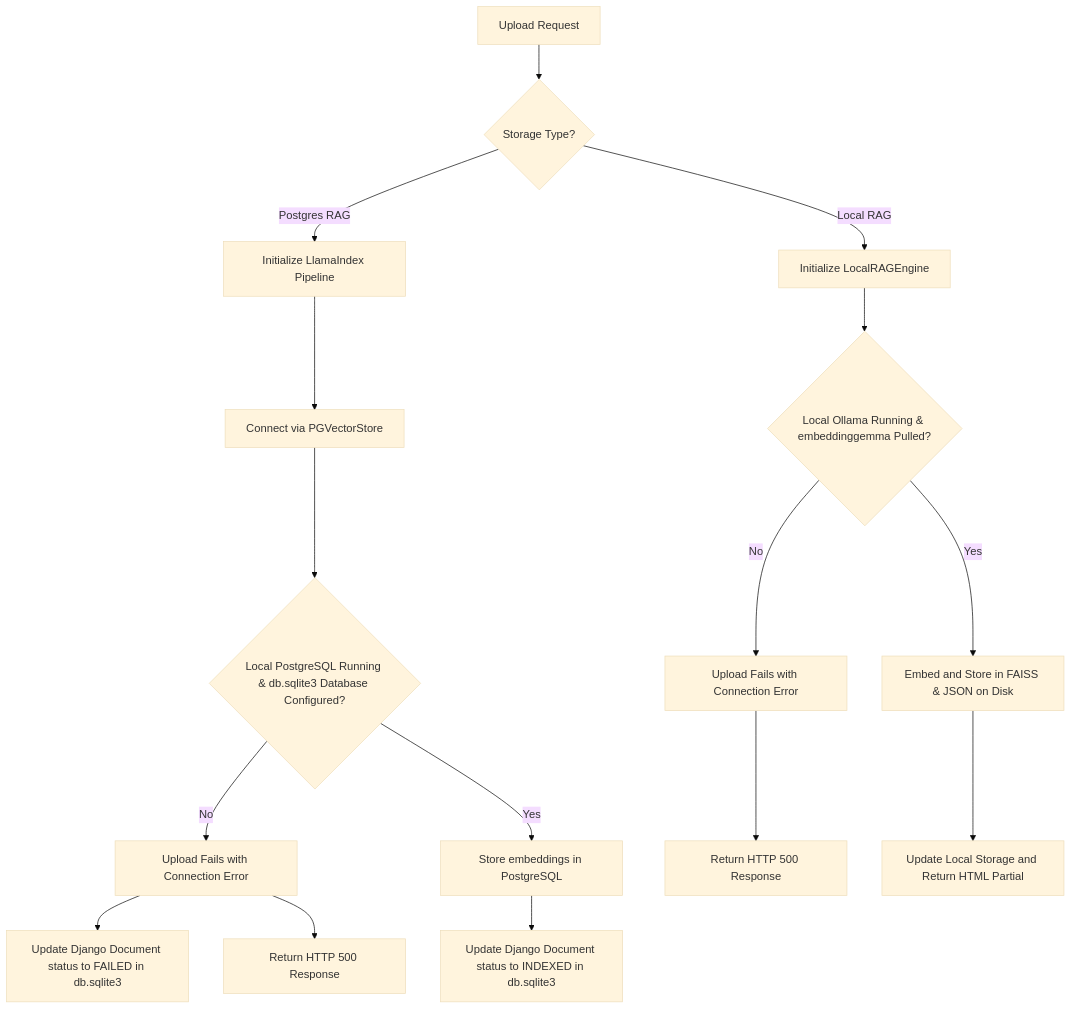
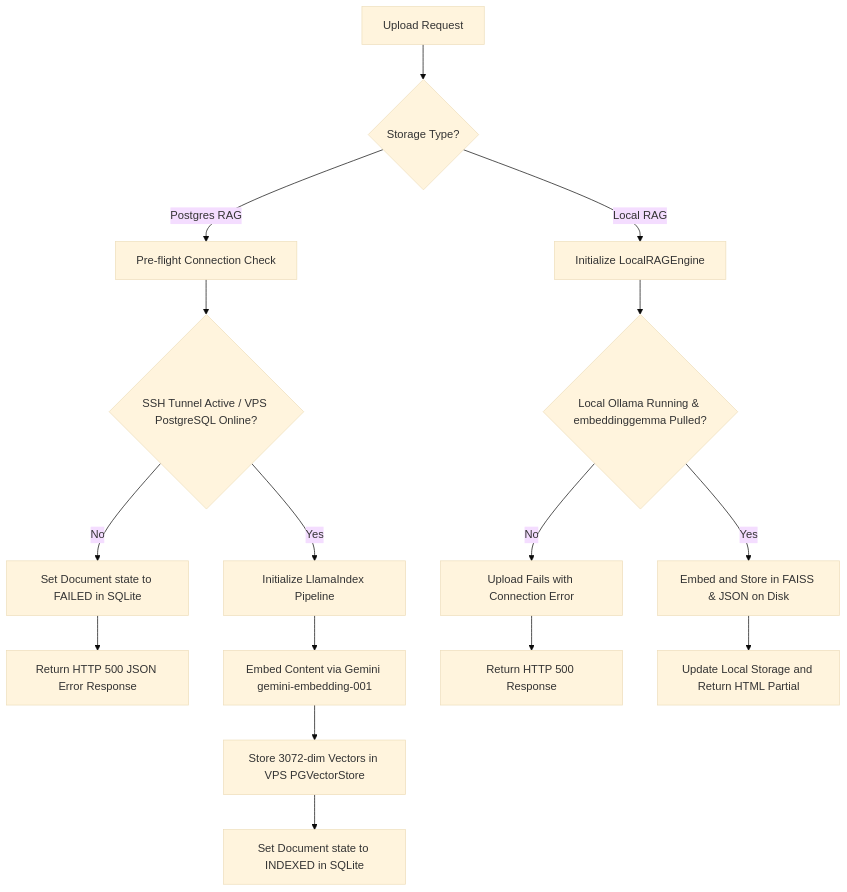
One commit to chrys/my_rag changed the diagram in Documentation/Project/Databases.md. Above: the diagram before and after it, drawn with Mermaid (base theme). The commit also changed other lines of this file, not shown here.

````diff
--- a/Documentation/Project/Databases.md
+++ b/Documentation/Project/Databases.md
@@ -91,19 +97,19 @@
 ```mermaid
 graph TD
     A[Upload Request] --> B{Storage Type?}
-    B -- Postgres RAG --> C[Initialize LlamaIndex Pipeline]
-    C --> D[Connect via PGVectorStore]
-    D --> E{Local PostgreSQL Running & db.sqlite3 Database Configured?}
-    E -- No --> F[Upload Fails with Connection Error]
-    F --> G[Update Django Document status to FAILED in db.sqlite3]
-    F --> H[Return HTTP 500 Response]
-    E -- Yes --> I[Store embeddings in PostgreSQL]
-    I --> J[Update Django Document status to INDEXED in db.sqlite3]
+    B -- Postgres RAG --> C[Pre-flight Connection Check]
+    C --> D{SSH Tunnel Active / VPS PostgreSQL Online?}
+    D -- No --> E[Set Document state to FAILED in SQLite]
+    E --> F[Return HTTP 500 JSON Error Response]
+    D -- Yes --> G[Initialize LlamaIndex Pipeline]
+    G --> H[Embed Content via Gemini gemini-embedding-001]
+    H --> I[Store 3072-dim Vectors in VPS PGVectorStore]
+    I --> J[Set Document state to INDEXED in SQLite]
 
     B -- Local RAG --> K[Initialize LocalRAGEngine]
     K --> L{Local Ollama Running & embeddinggemma Pulled?}
     L -- No --> M[Upload Fails with Connection Error]
     M --> N[Return HTTP 500 Response]
     L -- Yes --> O[Embed and Store in FAISS & JSON on Disk]
     O --> P[Update Local Storage and Return HTML Partial]
 ```
````
